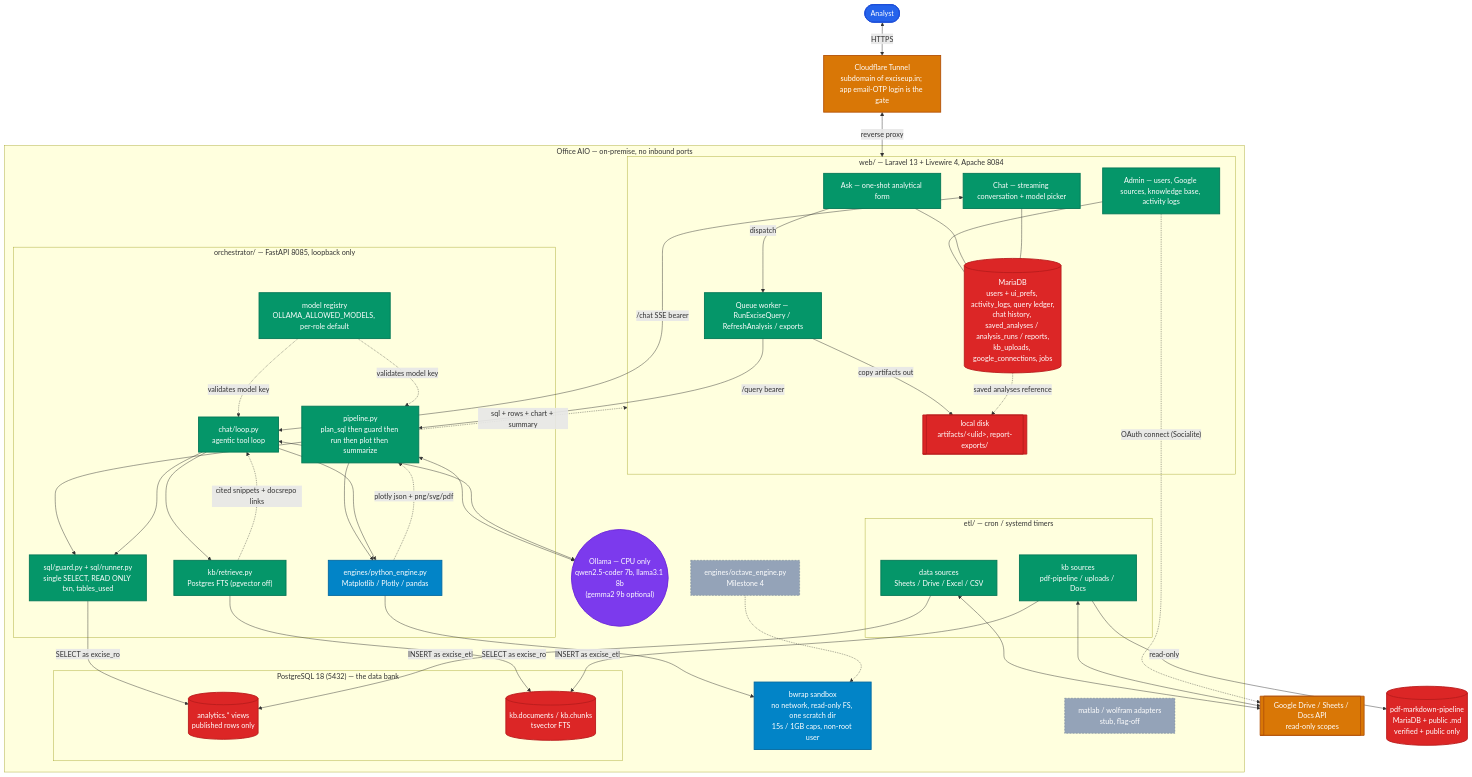
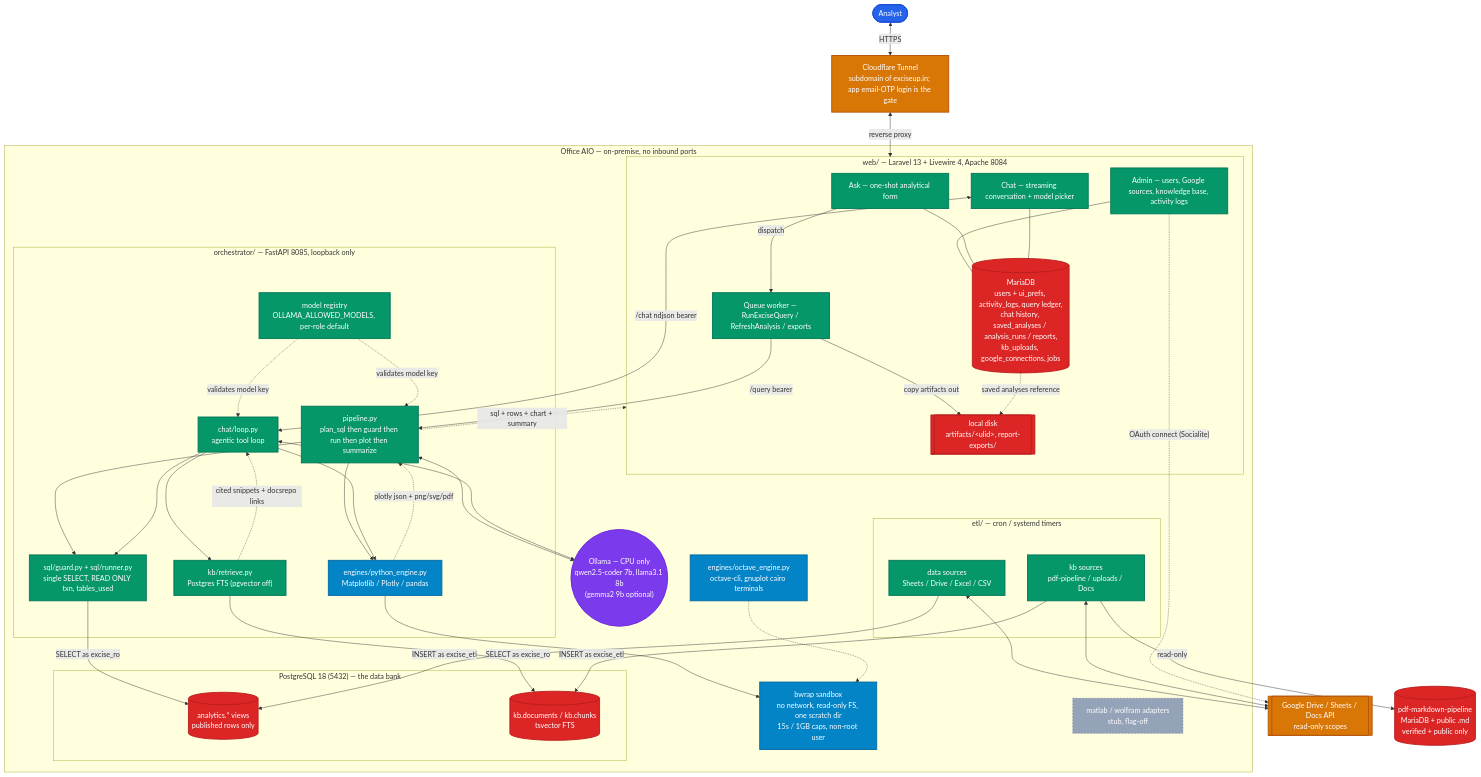
Before and after one commit to SubhanRaj/excise-mcp-dashboard: the second of 7 diagrams in ARCHITECTURE.md, drawn with Mermaid. The commit also changed other lines of this file and 12 other files, not shown here.

```diff
--- a/ARCHITECTURE.md
+++ b/ARCHITECTURE.md
@@ -295,7 +312,7 @@
             EtlKB["kb sources<br/>pdf-pipeline / uploads / Docs"]:::app
         end
 
-        OctEng["engines/octave_engine.py<br/>Milestone 4"]:::off
+        OctEng["engines/octave_engine.py<br/>octave-cli, gnuplot cairo terminals"]:::viz
         MatEng["matlab / wolfram adapters<br/>stub, flag-off"]:::off
     end
 
@@ -306,7 +323,7 @@
     CF <-->|reverse proxy| WebTier
     Ask -->|dispatch| Queue
     Queue -->|"/query bearer"| OneShot
-    Chat <-->|"/chat SSE bearer"| Loop
+    Chat <-->|"/chat ndjson bearer"| Loop
     Admin --- MDB
     Ask --- MDB
     Chat --- MDB
```
